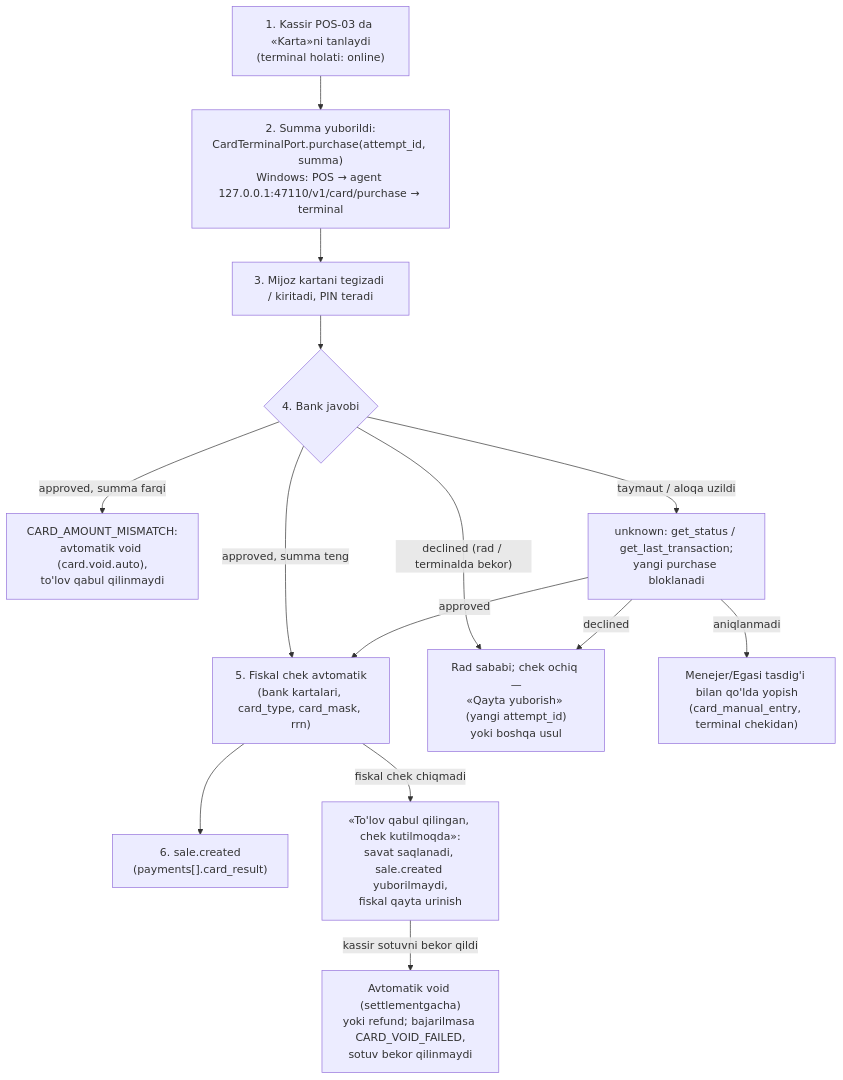
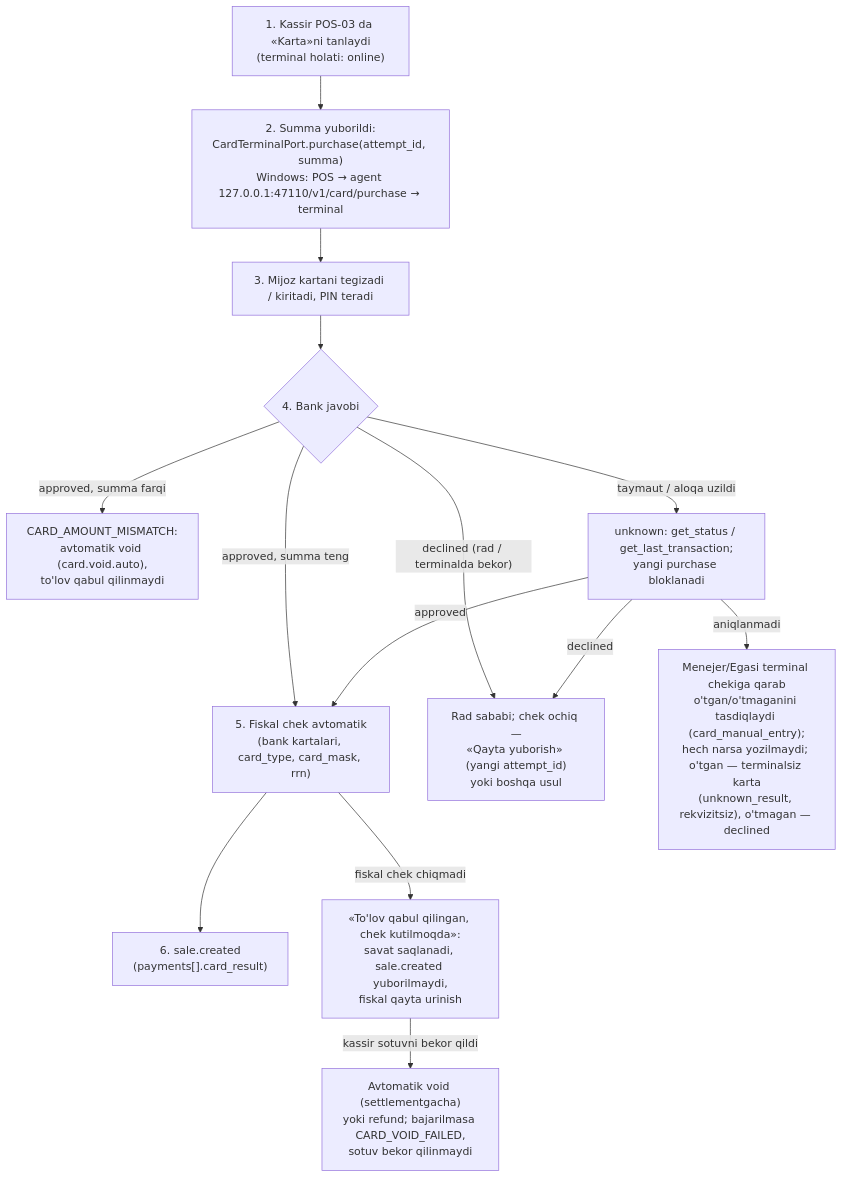
Before and after one commit to hasanoff507/erp: the sixth of 16 diagrams in spec/kod-uchun/04-biznes-jarayonlar.md, drawn with Mermaid. The commit also changed other lines of this file and 27 other files, not shown here.

First line of the commit message:
docs: karta rekvizitlari qo'lda kiritilmaydi — terminalsiz karta faqat summa (qaror #64/#71), 26 #178

````diff
--- a/spec/kod-uchun/04-biznes-jarayonlar.md
+++ b/spec/kod-uchun/04-biznes-jarayonlar.md
@@ -177,16 +177,16 @@
 ```mermaid
 flowchart TD
     K1["1. Kassir POS-03 da «Karta»ni tanlaydi\n(terminal holati: online)"] --> K2["2. Summa yuborildi:\nCardTerminalPort.purchase(attempt_id, summa)\nWindows: POS → agent 127.0.0.1:47110/v1/card/purchase → terminal"]
     K2 --> K3["3. Mijoz kartani tegizadi / kiritadi, PIN teradi"]
     K3 --> K4{"4. Bank javobi"}
     K4 -- "approved, summa teng" --> K5["5. Fiskal chek avtomatik\n(bank kartalari, card_type, card_mask, rrn)"]
     K5 --> K6["6. sale.created\n(payments[].card_result)"]
     K4 -- "approved, summa farqi" --> K11["CARD_AMOUNT_MISMATCH:\navtomatik void (card.void.auto),\nto'lov qabul qilinmaydi"]
     K4 -- "declined (rad / terminalda bekor)" --> K7["Rad sababi; chek ochiq —\n«Qayta yuborish» (yangi attempt_id)\nyoki boshqa usul"]
     K4 -- "taymaut / aloqa uzildi" --> K8["unknown: get_status / get_last_transaction;\nyangi purchase bloklanadi"]
     K8 -- "approved" --> K5
     K8 -- "declined" --> K7
-    K8 -- "aniqlanmadi" --> K9["Menejer/Egasi tasdig'i bilan qo'lda yopish\n(card_manual_entry, terminal chekidan)"]
+    K8 -- "aniqlanmadi" --> K9["Menejer/Egasi terminal chekiga qarab\no'tgan/o'tmaganini tasdiqlaydi (card_manual_entry);\nhech narsa yozilmaydi; o'tgan — terminalsiz karta\n(unknown_result, rekvizitsiz), o'tmagan — declined"]
     K5 -- "fiskal chek chiqmadi" --> K12["«To'lov qabul qilingan, chek kutilmoqda»:\nsavat saqlanadi, sale.created yuborilmaydi,\nfiskal qayta urinish"]
     K12 -- "kassir sotuvni bekor qildi" --> K10["Avtomatik void (settlementgacha)\nyoki refund; bajarilmasa CARD_VOID_FAILED,\nsotuv bekor qilinmaydi"]
 ```
````
